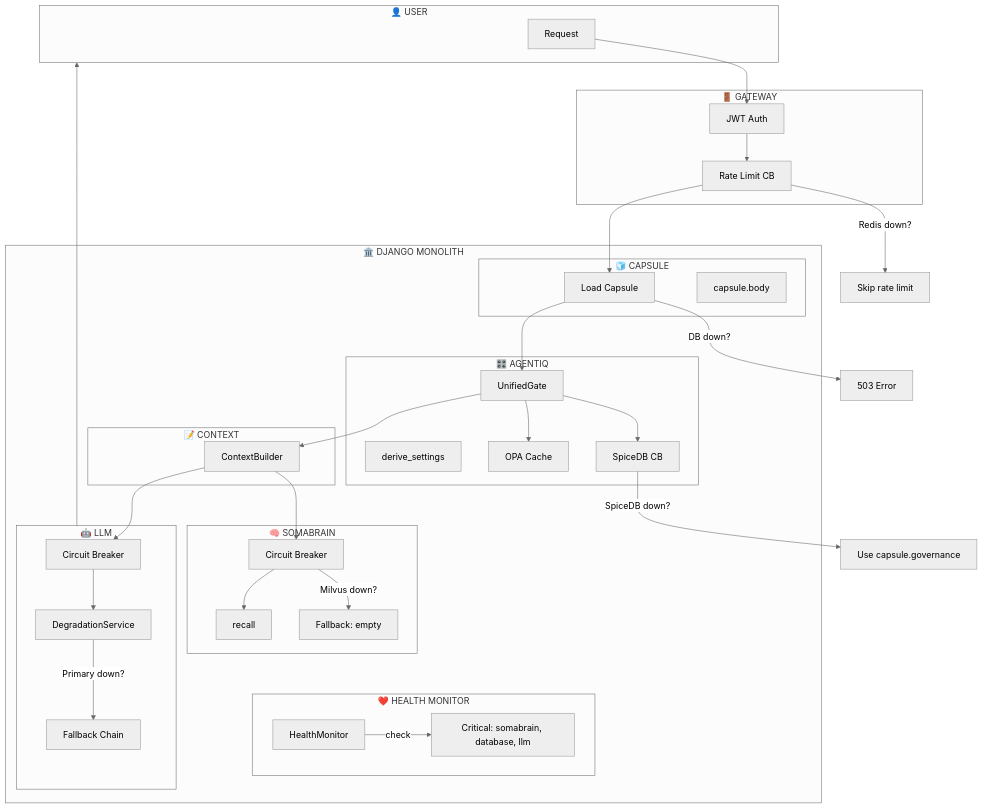
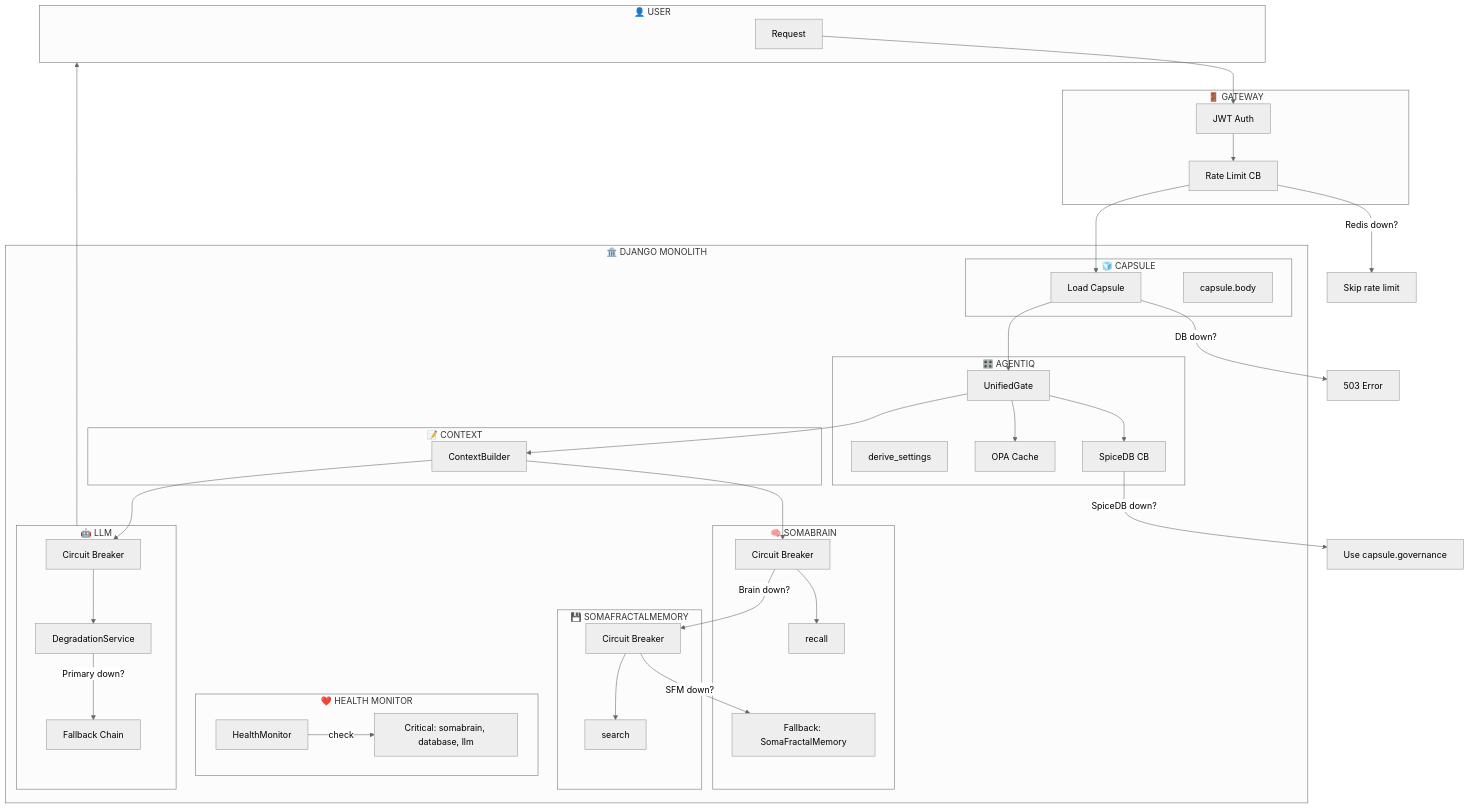
The second of 3 diagrams in docs/srs/SRS-CHAT-FLOW-MASTER.md (somatechlat/somaagent01), drawn with Mermaid (neutral theme) before and after one commit. The commit also changed 428 other files, not shown here.

````diff
--- a/docs/srs/SRS-CHAT-FLOW-MASTER.md
+++ b/docs/srs/SRS-CHAT-FLOW-MASTER.md
@@ -79,69 +79,76 @@
 ```mermaid
 flowchart TD
     subgraph USER ["👤 USER"]
         REQ[Request]
     end
 
     subgraph GATEWAY ["🚪 GATEWAY"]
         GW1[JWT Auth]
         GW2[Rate Limit CB]
     end
 
     subgraph MONOLITH ["🏛️ DJANGO MONOLITH"]
         subgraph HEALTH ["❤️ HEALTH MONITOR"]
             HM[HealthMonitor]
             HM --> |check| CRIT[Critical: somabrain, database, llm]
         end
 
         subgraph CAPSULE ["🧊 CAPSULE"]
             CAP[Load Capsule]
             BODY[capsule.body]
         end
 
         subgraph AGENTIQ ["🎛️ AGENTIQ"]
             DRV[derive_settings]
             UG[UnifiedGate]
             OPA[OPA Cache]
             SDB_CB[SpiceDB CB]
         end
 
         subgraph CONTEXT ["📝 CONTEXT"]
             CTX[ContextBuilder]
         end
 
         subgraph BRAIN ["🧠 SOMABRAIN"]
             BRAIN_CB[Circuit Breaker]
             REC[recall]
-            FALL_MEM[Fallback: empty]
+            FALL_MEM[Fallback: SomaFractalMemory]
+        end
+
+        subgraph SFM ["💾 SOMAFRACTALMEMORY"]
+            SFM_CB[Circuit Breaker]
+            SFM_SEARCH[search]
         end
 
         subgraph LLM_LAYER ["🤖 LLM"]
             LLM_CB[Circuit Breaker]
             LLM_DEG[DegradationService]
             LLM_CHAIN[Fallback Chain]
         end
     end
 
     REQ --> GW1
     GW1 --> GW2
     GW2 --> |Redis down?| SKIP[Skip rate limit]
 
     GW2 --> CAP
     CAP --> |DB down?| FAIL_FAST[503 Error]
 
     CAP --> UG
     UG --> OPA
     UG --> SDB_CB
     SDB_CB --> |SpiceDB down?| USE_CAP[Use capsule.governance]
 
     UG --> CTX
     CTX --> BRAIN_CB
     BRAIN_CB --> REC
-    BRAIN_CB --> |Milvus down?| FALL_MEM
+    BRAIN_CB --> |Brain down?| SFM_CB
+    SFM_CB --> SFM_SEARCH
+    SFM_CB --> |SFM down?| FALL_MEM
 
     CTX --> LLM_CB
     LLM_CB --> LLM_DEG
     LLM_DEG --> |Primary down?| LLM_CHAIN
 
     LLM_LAYER --> USER
 ```
````
